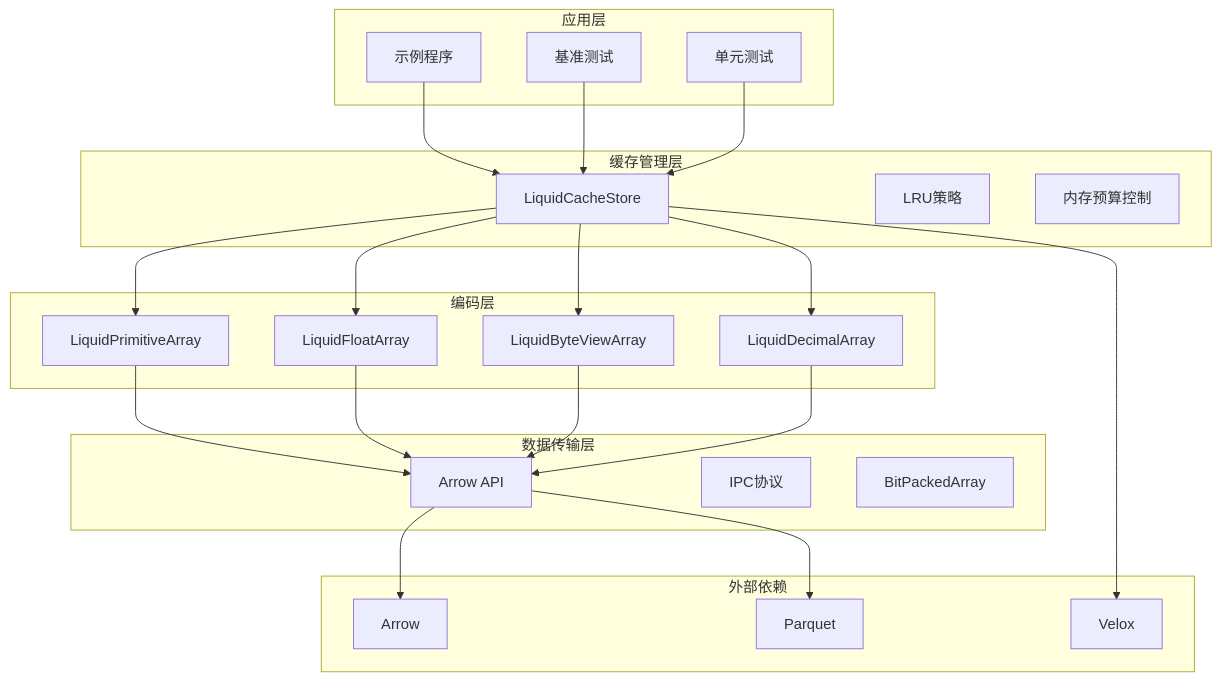
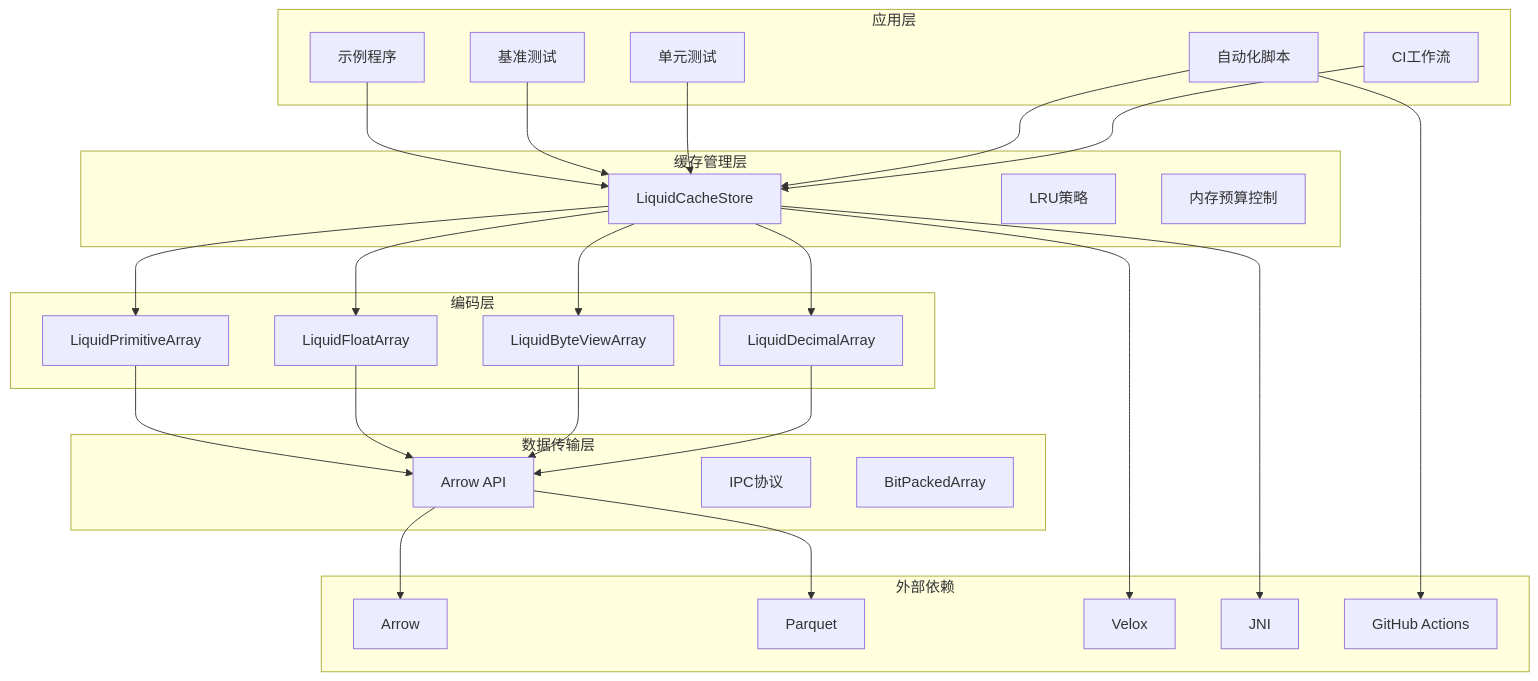
One commit to tenglei/liquidCacheVelox changed the second of 6 diagrams in .qoder/repowiki/zh/content/开发工具与实用程序.md. Above: the diagram before and after it, drawn with Mermaid. The commit also changed other lines of this file and 3 other files, not shown here.

````diff
--- a/.qoder/repowiki/zh/content/开发工具与实用程序.md
+++ b/.qoder/repowiki/zh/content/开发工具与实用程序.md
@@ -147,43 +287,51 @@
 ```mermaid
 graph TB
 subgraph "应用层"
 A[示例程序]
 B[基准测试]
 C[单元测试]
+D[自动化脚本]
+E[CI工作流]
 end
 subgraph "缓存管理层"
-D[LiquidCacheStore]
-E[LRU策略]
-F[内存预算控制]
+F[LiquidCacheStore]
+G[LRU策略]
+H[内存预算控制]
 end
 subgraph "编码层"
-G[LiquidPrimitiveArray]
-H[LiquidFloatArray]
-I[LiquidByteViewArray]
-J[LiquidDecimalArray]
+I[LiquidPrimitiveArray]
+J[LiquidFloatArray]
+K[LiquidByteViewArray]
+L[LiquidDecimalArray]
 end
 subgraph "数据传输层"
-K[Arrow API]
-L[IPC协议]
-M[BitPackedArray]
+M[Arrow API]
+N[IPC协议]
+O[BitPackedArray]
 end
 subgraph "外部依赖"
-N[Arrow]
-O[Parquet]
-P[Velox]
+P[Arrow]
+Q[Parquet]
+R[Velox]
+S[JNI]
+T[GitHub Actions]
 end
-A --> D
-B --> D
-C --> D
-D --> G
-D --> H
-D --> I
-D --> J
-G --> K
-H --> K
-I --> K
-J --> K
-K --> N
-K --> O
-D --> P
+A --> F
+B --> F
+C --> F
+D --> F
+E --> F
+F --> I
+F --> J
+F --> K
+F --> L
+I --> M
+J --> M
+K --> M
+L --> M
+M --> P
+M --> Q
+F --> R
+F --> S
+D --> T
 ```
````
